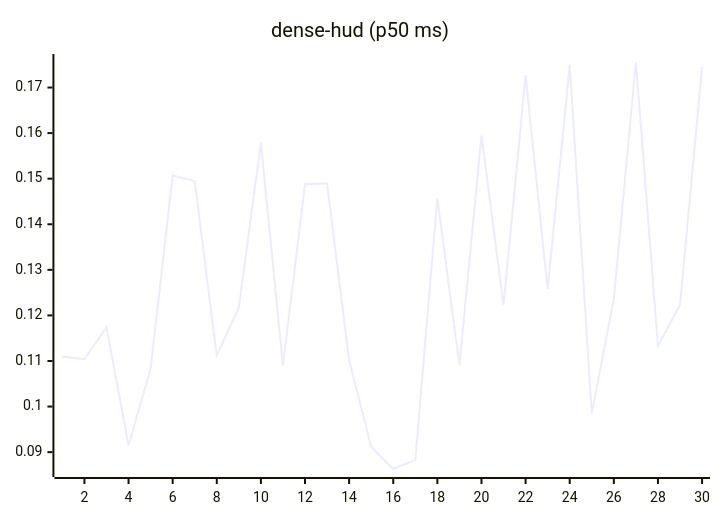
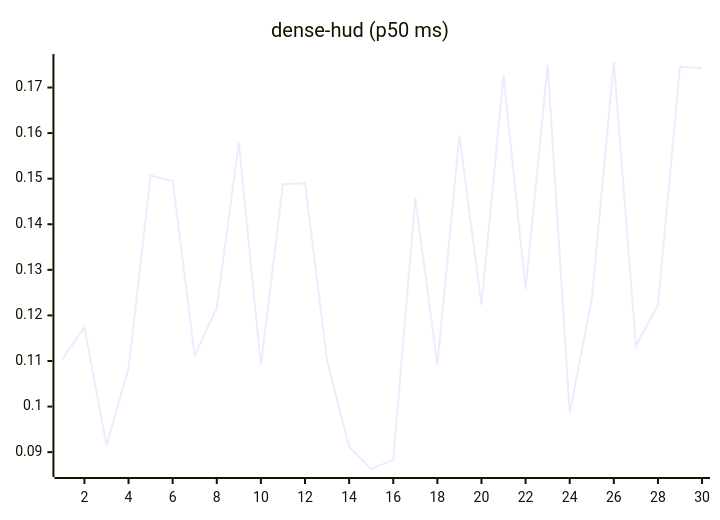
The eighth of 27 diagrams in README.md (josha/Facet), drawn with Mermaid before and after one commit. The commit also changed other lines of this file and 2 other files, not shown here.

````diff
--- a/README.md
+++ b/README.md
@@ -112,6 +112,6 @@
 ```mermaid
 xychart-beta
     title "dense-hud (p50 ms)"
     x-axis 1 --> 30
-    line [0.1110, 0.1104, 0.1174, 0.0915, 0.1083, 0.1507, 0.1495, 0.1112, 0.1217, 0.1579, 0.1090, 0.1488, 0.1490, 0.1101, 0.0912, 0.0863, 0.0883, 0.1457, 0.1091, 0.1595, 0.1223, 0.1727, 0.1257, 0.1749, 0.0986, 0.1236, 0.1756, 0.1133, 0.1223, 0.1745]
+    line [0.1104, 0.1174, 0.0915, 0.1083, 0.1507, 0.1495, 0.1112, 0.1217, 0.1579, 0.1090, 0.1488, 0.1490, 0.1101, 0.0912, 0.0863, 0.0883, 0.1457, 0.1091, 0.1595, 0.1223, 0.1727, 0.1257, 0.1749, 0.0986, 0.1236, 0.1756, 0.1133, 0.1223, 0.1745, 0.1743]
 ```
````
